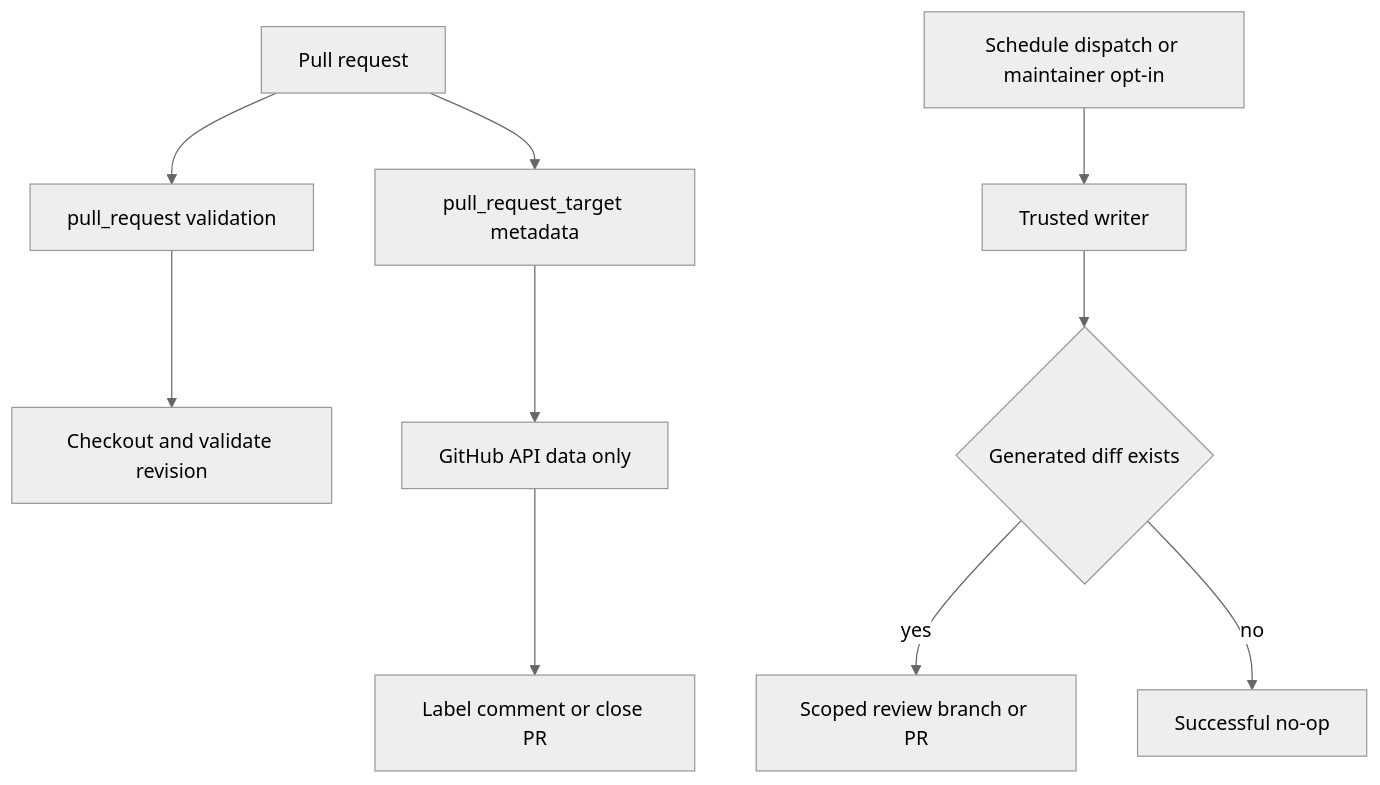
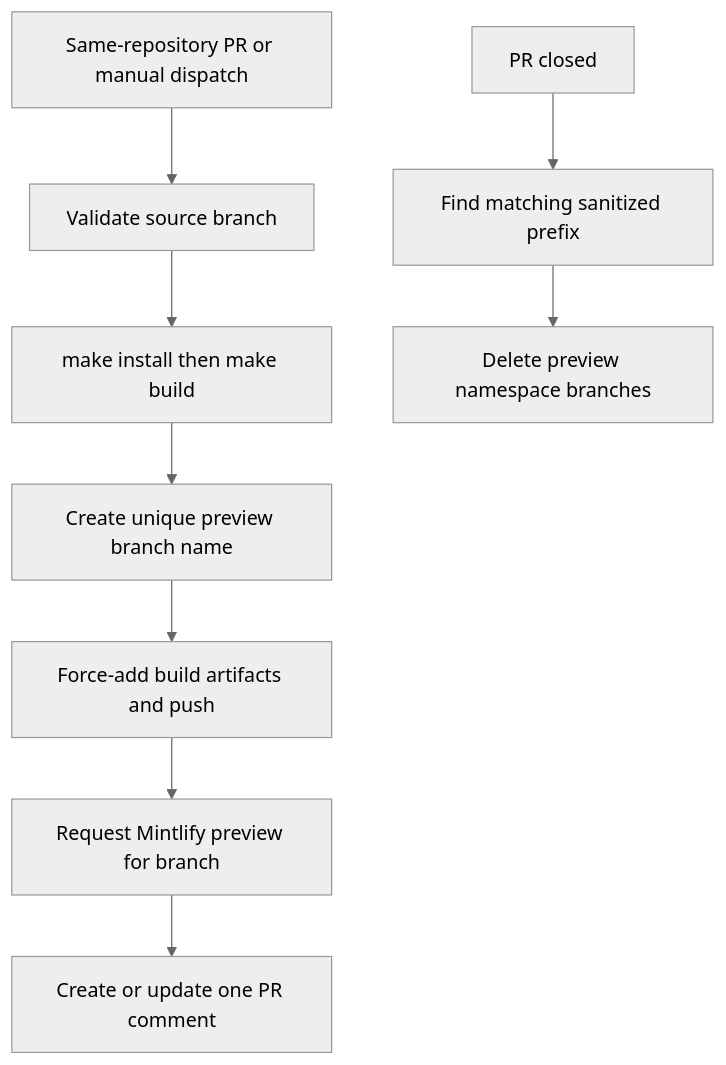
Before and after one commit to langchain-ai/docs: the diagram in openwiki/integrations/github-actions.md, drawn with Mermaid (neutral theme). The commit also changed other lines of this file and 20 other files, not shown here.

````diff
--- a/openwiki/integrations/github-actions.md
+++ b/openwiki/integrations/github-actions.md
@@ -49,12 +68,11 @@
 ```mermaid
 flowchart TD
-  PR["Pull request"] --> Validation["pull_request validation"]
-  PR --> Metadata["pull_request_target metadata"]
-  Validation --> Revision["Checkout and validate revision"]
-  Metadata --> API["GitHub API data only"]
-  API --> PRChange["Label comment or close PR"]
-  Trigger["Schedule dispatch or maintainer opt-in"] --> Writer["Trusted writer"]
-  Writer --> Changed{"Generated diff exists"}
-  Changed -->|"yes"| Review["Scoped review branch or PR"]
-  Changed -->|"no"| Noop["Successful no-op"]
+  Event["Same-repository PR or manual dispatch"] --> Validate["Validate source branch"]
+  Validate --> Build["make install then make build"]
+  Build --> Name["Create unique preview branch name"]
+  Name --> Push["Force-add build artifacts and push"]
+  Push --> Request["Request Mintlify preview for branch"]
+  Request --> Comment["Create or update one PR comment"]
+  Close["PR closed"] --> Match["Find matching sanitized prefix"]
+  Match --> Delete["Delete preview namespace branches"]
 ```
````
